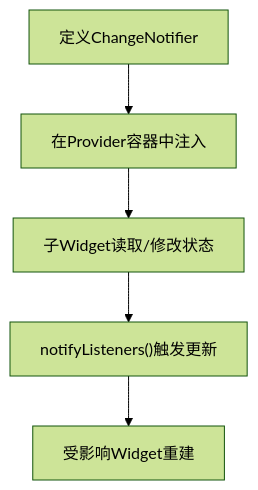
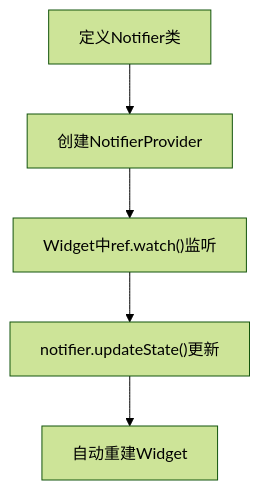
Before and after one commit to ZhangGHGitHub/LegadoTeamFlutter: the sixth of 8 diagrams in .qoder/repowiki/zh/content/Flutter跨平台应用/状态管理/Provider基础概念.md, drawn with Mermaid (forest theme). The commit also changed other lines of this file and 173 other files, not shown here.

````diff
--- a/.qoder/repowiki/zh/content/Flutter跨平台应用/状态管理/Provider基础概念.md
+++ b/.qoder/repowiki/zh/content/Flutter跨平台应用/状态管理/Provider基础概念.md
@@ -207,7 +248,7 @@
 ```mermaid
 flowchart TD
-Define["定义ChangeNotifier"] --> Inject["在Provider容器中注入"]
-Inject --> Consume["子Widget读取/修改状态"]
-Consume --> Update["notifyListeners()触发更新"]
-Update --> Rebuild["受影响Widget重建"]
+Define["定义Notifier类"] --> Provider["创建NotifierProvider"]
+Provider --> Watch["Widget中ref.watch()监听"]
+Watch --> Update["notifier.updateState()更新"]
+Update --> Rebuild["自动重建Widget"]
 ```
````
